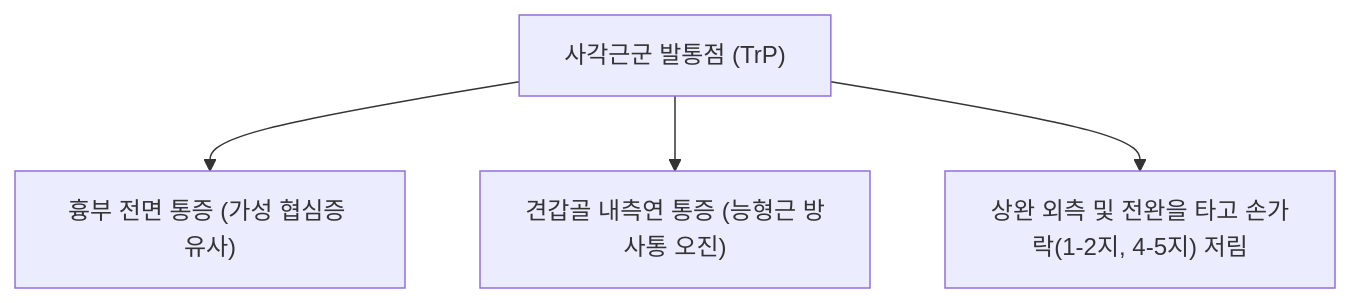
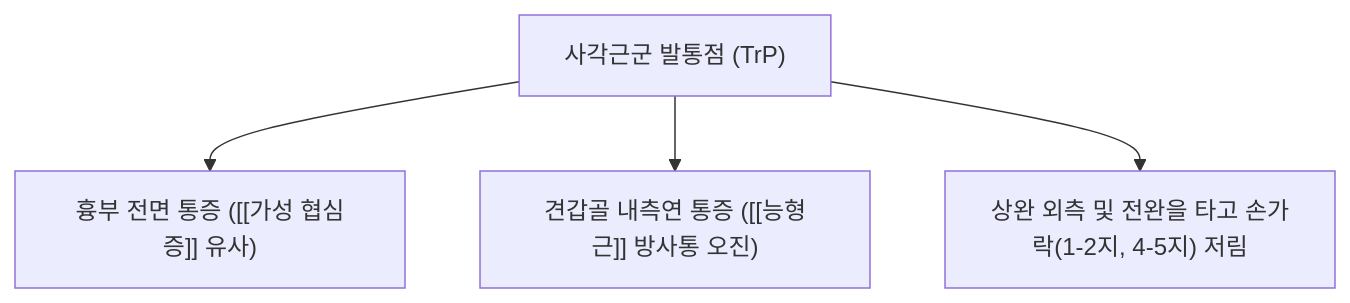
The third of 3 diagrams in content/1. 근골격계 공부/근육/(2) 경부/사각근.md (simbio11/simbio-digital-garden2), drawn with Mermaid before and after one commit. The commit also changed other lines of this file and 150 other files, not shown here.

````diff
--- a/content/1. 근골격계 공부/근육/(2) 경부/사각근.md
+++ b/content/1. 근골격계 공부/근육/(2) 경부/사각근.md
@@ -70,6 +83,6 @@
 ```mermaid
 graph TD
-    TP_Scalene["사각근군 발통점 (TrP)"] --> Pattern_Chest["흉부 전면 통증 (가성 협심증 유사)"]
-    TP_Scalene --> Pattern_Scapula["견갑골 내측연 통증 (능형근 방사통 오진)"]
+    TP_Scalene["사각근군 발통점 (TrP)"] --> Pattern_Chest["흉부 전면 통증 ([[가성 협심증]] 유사)"]
+    TP_Scalene --> Pattern_Scapula["견갑골 내측연 통증 ([[능형근]] 방사통 오진)"]
     TP_Scalene --> Pattern_Arm["상완 외측 및 전완을 타고 손가락(1-2지, 4-5지) 저림"]
 ```
````
